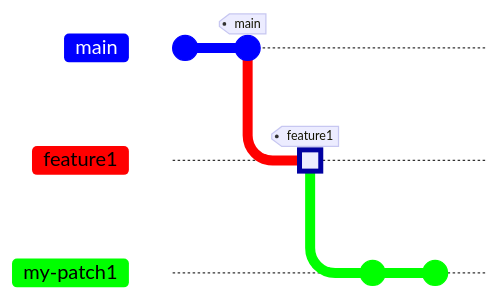
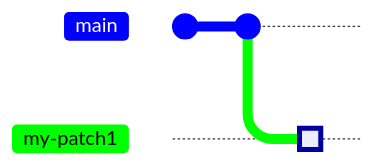
One commit to BobKerns/rebase-demo3 changed the second of 2 diagrams in README.md. Above: the diagram before and after it, drawn with Mermaid. The commit also changed other lines of this file, not shown here. Commit ids are hidden.

````diff
--- a/README.md
+++ b/README.md
@@ -95,15 +97,10 @@
 ```mermaid
-gitGraph
-%%{init { 'theme': 'default', 'themeVariables': {
+gitGraph%%{init { 'theme': 'default', 'themeVariables': {
     'git0': '#0000ff',
-    'git1': '#ff0000',
-    'git2': '#00ff00'
+    'git1': '#00ff00'
 } } }%%
-commit
-commit tag: "main"
-branch feature1
-commit type: HIGHLIGHT tag: "feature1"
+commit id: "Initial commit"
+commit id: "main"
 branch my-patch1
-commit id: "fix-1"
-commit id: "fix-2"
+commit id: "Consolidated" type: HIGHLIGHT
 ```
````
